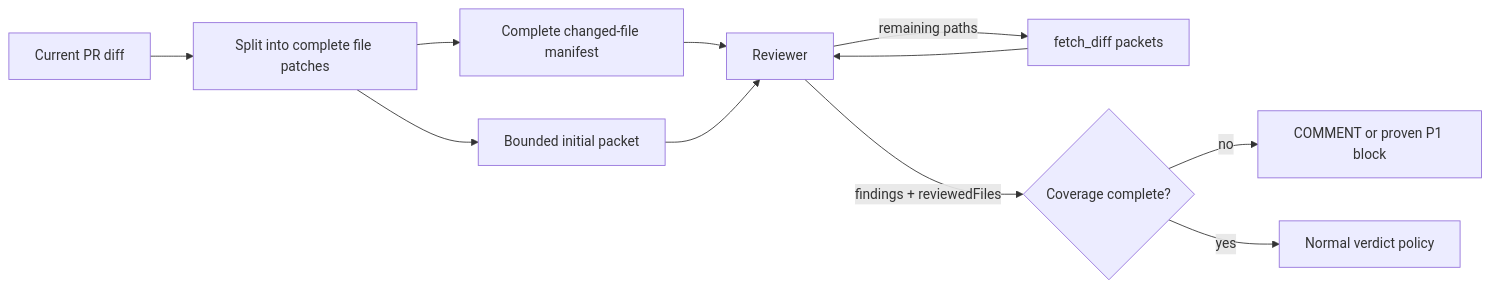
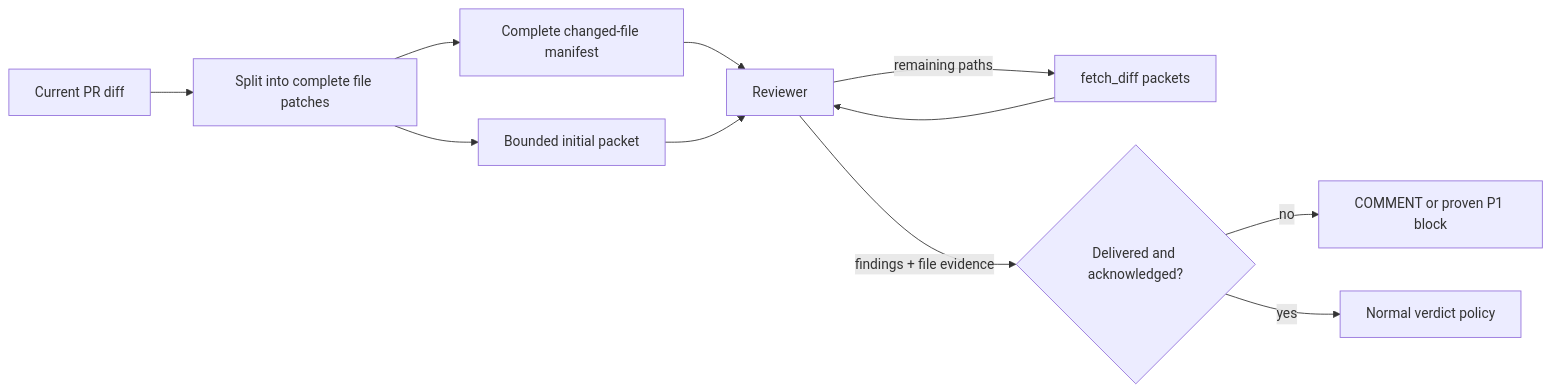
The first of 3 diagrams in docs/review-quality.md (Ngineer101/turbodiff), drawn with Mermaid before and after one commit. The commit also changed other lines of this file and 10 other files, not shown here.

Commit message:
feat(review): require per-file coverage evidence

````diff
--- a/docs/review-quality.md
+++ b/docs/review-quality.md
@@ -22,13 +24,13 @@
 ```mermaid
 flowchart LR
   PR["Current PR diff"] --> SPLIT["Split into complete file patches"]
   SPLIT --> MANIFEST["Complete changed-file manifest"]
   SPLIT --> PACKET["Bounded initial packet"]
   MANIFEST --> AGENT["Reviewer"]
   PACKET --> AGENT
   AGENT -->|"remaining paths"| MORE["fetch_diff packets"]
   MORE --> AGENT
-  AGENT -->|"findings + reviewedFiles"| GATE{"Coverage complete?"}
+  AGENT -->|"findings + file evidence"| GATE{"Delivered and acknowledged?"}
   GATE -->|"no"| COMMENT["COMMENT or proven P1 block"]
   GATE -->|"yes"| VERDICT["Normal verdict policy"]
 ```
````
